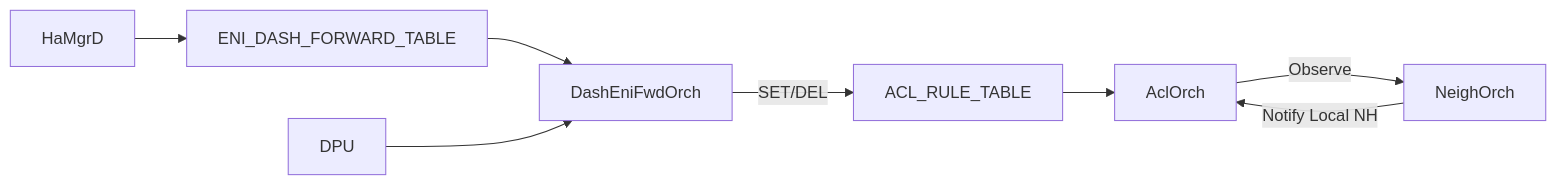
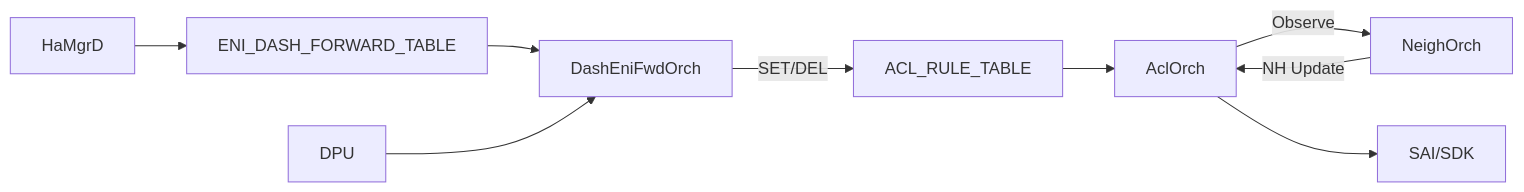
Before and after one commit to sonic-net/SONiC: the third of 3 diagrams in doc/smart-switch/high-availability/eni-based-forwarding.md, drawn with Mermaid. The commit also changed other lines of this file, not shown here.

````diff
--- a/doc/smart-switch/high-availability/eni-based-forwarding.md
+++ b/doc/smart-switch/high-availability/eni-based-forwarding.md
@@ -291,14 +302,16 @@
 ```mermaid
 flowchart LR
     ENI_TABLE[ENI_DASH_FORWARD_TABLE]
 
     HaMgrD --> ENI_TABLE
     ENI_TABLE --> DashEniFwdOrch
     DPU --> DashEniFwdOrch
 
     DashEniFwdOrch --> | SET/DEL | ACL_RULE_TABLE
     ACL_RULE_TABLE --> AclOrch
     
     AclOrch --> |Observe| NeighOrch
-    NeighOrch --> |Notify Local NH| AclOrch
+    NeighOrch --> |NH Update| AclOrch
+
+    AclOrch --> SAI/SDK
 ```
````
